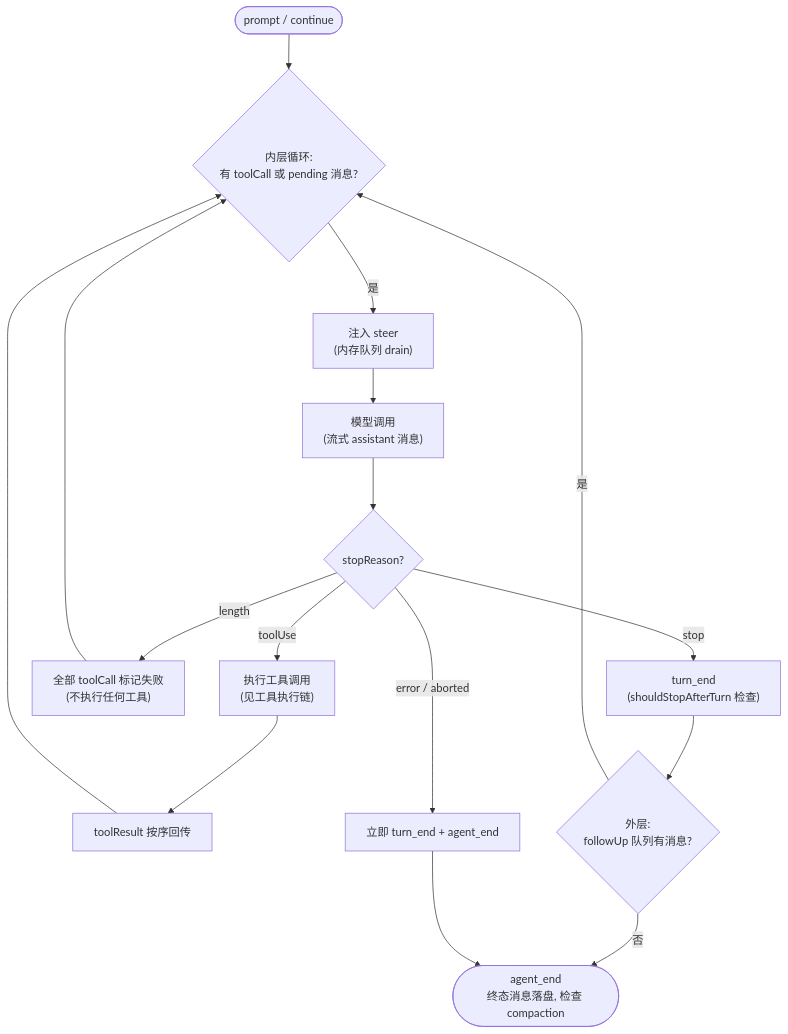
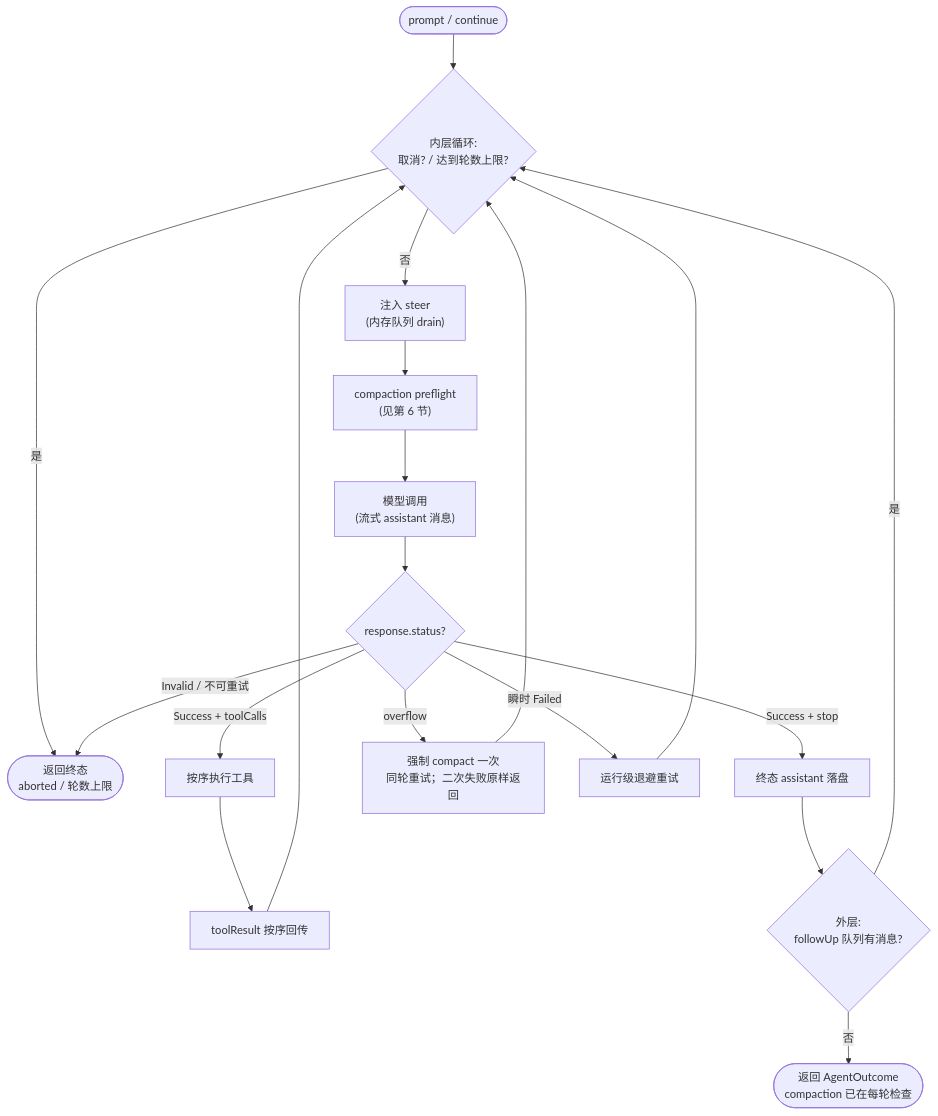
Before and after one commit to qjcnmd/singularity-agent: the third of 8 diagrams in docs/singularity.md, drawn with Mermaid. The commit also changed other lines of this file and 5 other files, not shown here.

````diff
--- a/docs/singularity.md
+++ b/docs/singularity.md
@@ -94,18 +94,21 @@
 ```mermaid
 flowchart TD
-    A(["prompt / continue"]) --> B{"内层循环:<br/>有 toolCall 或 pending 消息?"}
-    B -- 是 --> C["注入 steer<br/>(内存队列 drain)"]
-    C --> D["模型调用<br/>(流式 assistant 消息)"]
-    D --> E{"stopReason?"}
-    E -- "toolUse" --> F["执行工具调用<br/>(见工具执行链)"]
-    F --> G["toolResult 按序回传"]
-    G --> B
-    E -- "length" --> F2["全部 toolCall 标记失败<br/>(不执行任何工具)"]
-    F2 --> B
-    E -- "stop" --> H["turn_end<br/>(shouldStopAfterTurn 检查)"]
-    E -- "error / aborted" --> Z["立即 turn_end + agent_end"]
-    H --> I{"外层:<br/>followUp 队列有消息?"}
-    I -- 是 --> B
-    I -- 否 --> J(["agent_end<br/>终态消息落盘, 检查 compaction"])
-    Z --> J
+    A(["prompt / continue"]) --> B{"内层循环:<br/>取消? / 达到轮数上限?"}
+    B -- 是 --> Z(["返回终态<br/>aborted / 轮数上限"])
+    B -- 否 --> C["注入 steer<br/>(内存队列 drain)"]
+    C --> D["compaction preflight<br/>(见第 6 节)"]
+    D --> E["模型调用<br/>(流式 assistant 消息)"]
+    E --> F{"response.status?"}
+    F -- "Success + toolCalls" --> G["按序执行工具"]
+    G --> H["toolResult 按序回传"]
+    H --> B
+    F -- "Success + stop" --> I["终态 assistant 落盘"]
+    F -- "overflow" --> J["强制 compact 一次<br/>同轮重试；二次失败原样返回"]
+    J --> B
+    F -- "瞬时 Failed" --> K["运行级退避重试"]
+    K --> B
+    F -- "Invalid / 不可重试" --> Z
+    I --> L{"外层:<br/>followUp 队列有消息?"}
+    L -- 是 --> B
+    L -- 否 --> M(["返回 AgentOutcome<br/>compaction 已在每轮检查"])
 ```
````
